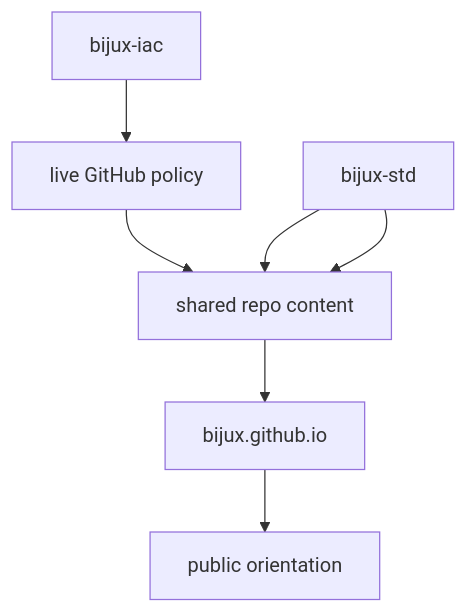
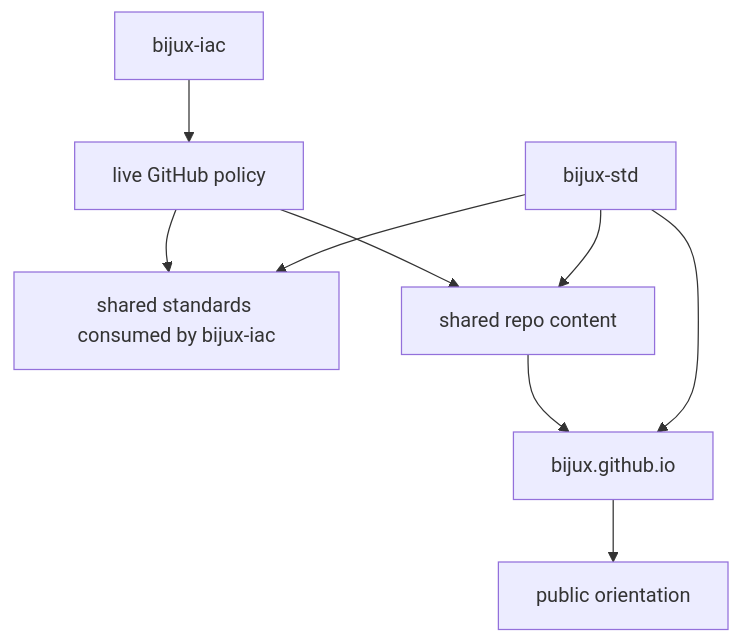
Before and after one commit to bijux/bijux.github.io: the diagram in docs/01-platform/bijux-iac/index.md, drawn with Mermaid. The commit also changed other lines of this file, not shown here.

Commit message:
docs(platform): clarify iac as governor and consumer

````diff
--- a/docs/01-platform/bijux-iac/index.md
+++ b/docs/01-platform/bijux-iac/index.md
@@ -43,10 +45,12 @@
 ```mermaid
 graph TD
     iac["bijux-iac"] --> github["live GitHub policy"]
-    std["bijux-std"] --> repos["shared repo content"]
+    std["bijux-std"] --> iacrepo["shared standards consumed by bijux-iac"]
+    std --> repos["shared repo content"]
     hub["bijux.github.io"] --> readers["public orientation"]
 
     github --> repos
-    std --> repos
+    github --> iacrepo
+    std --> hub
     repos --> hub
 ```
````
